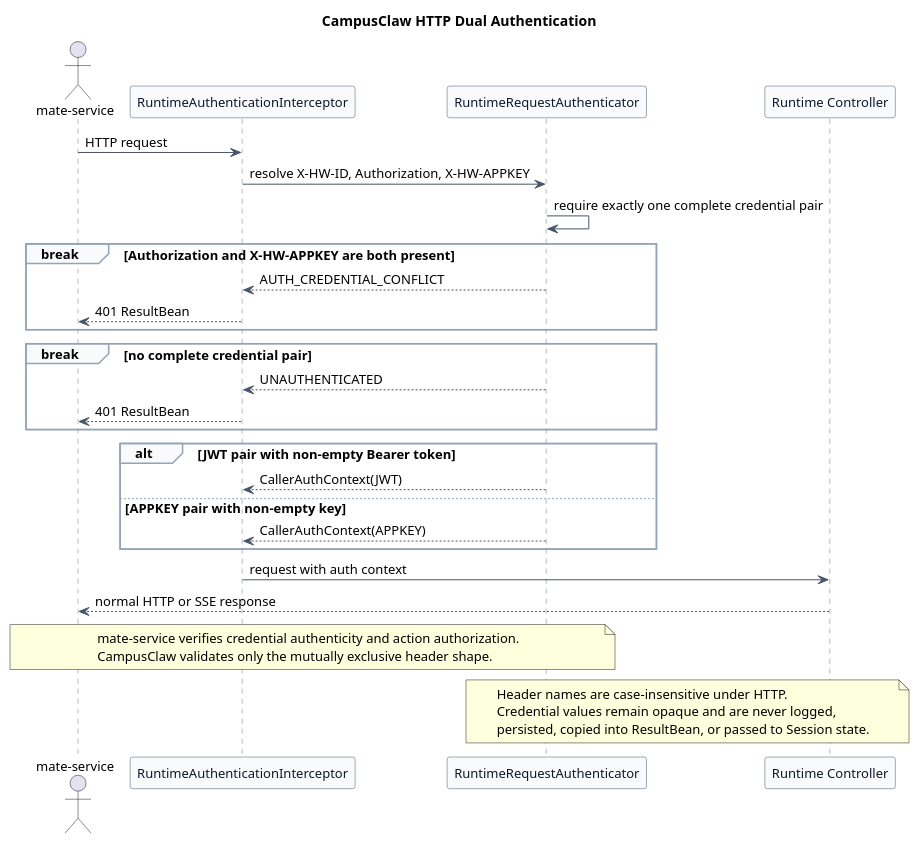
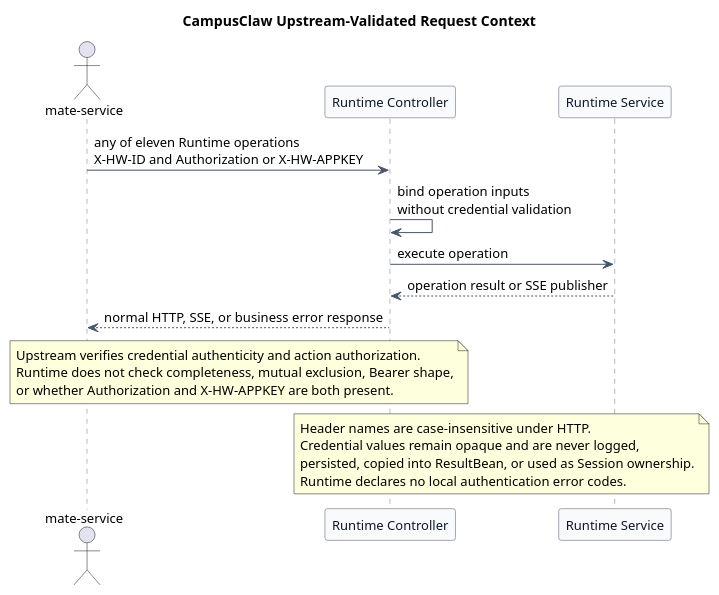
Before and after one commit to ssm0808/pi-mono-java-design: the second of 2 diagrams in pi-mono-java-manager-driven-multi-agent-runtime/diagrams/http-contract/diagram.puml, drawn with PlantUML. The commit also changed 33 other files, not shown here.

```diff
--- a/pi-mono-java-manager-driven-multi-agent-runtime/diagrams/http-contract/diagram.puml
+++ b/pi-mono-java-manager-driven-multi-agent-runtime/diagrams/http-contract/diagram.puml
@@ -61,66 +61,54 @@
 @startuml http_dual_authentication
-title CampusClaw HTTP Dual Authentication
+title CampusClaw Upstream-Validated Request Context
 
-' Source evidence (pi-mono-java 8691e8800f05f28afe22499050c29220ef5b7475):
+' Source evidence (pi-mono-java 1f801dbb82bdda30478e3354e685e3153b179a0c):
 ' modules/coding-agent-cli/src/main/java/com/campusclaw/codingagent/runtimeapi/auth/RuntimeRequestAuthenticator.java.
 ' modules/coding-agent-cli/src/main/java/com/campusclaw/codingagent/runtimeapi/web/RuntimeAuthenticationInterceptor.java.
 ' Observed behavior: inbound JWT uses X-HW-ID and Authorization; APPKEY uses X-HW-ID and X-HW-APPKEY.
-' Observed behavior: CampusClaw validates header shape only and never treats the credential ID as session ownership.
-' Security boundary: mate-service verifies credential authenticity and action authorization before forwarding.
+' Observed behavior: RuntimeWebMvcConfiguration currently applies authentication to every Runtime path.
+' Architecture change: the target Runtime removes pre-Controller and Controller-local credential checks.
+' Product constraint: all eleven operations carry the shared integration-context header examples.
+' Product constraint: Runtime does not require complete pairs, reject mixed headers, parse Bearer shape,
+' or expose local authentication errors. Both credential headers may coexist.
+' Security boundary: upstream verifies credential authenticity and action authorization before forwarding.
 
 skinparam backgroundColor #FFFFFF
 skinparam shadowing false
 skinparam defaultFontName Arial
 skinparam defaultFontSize 13
 skinparam participant {
   BackgroundColor #F8FAFC
   BorderColor #475569
   FontColor #0F172A
 }
 skinparam ArrowColor #475569
 skinparam sequence {
   LifeLineBorderColor #64748B
   LifeLineBackgroundColor #F8FAFC
   GroupBorderColor #94A3B8
   GroupBackgroundColor #F8FAFC
 }
 
 actor "mate-service" as Caller
-participant "RuntimeAuthenticationInterceptor" as Filter
-participant "RuntimeRequestAuthenticator" as Resolver
 participant "Runtime Controller" as Controller
+participant "Runtime Service" as Service
 
-Caller -> Filter : HTTP request
-Filter -> Resolver : resolve X-HW-ID, Authorization, X-HW-APPKEY
-Resolver -> Resolver : require exactly one complete credential pair
+Caller -> Controller : any of eleven Runtime operations\nX-HW-ID and Authorization or X-HW-APPKEY
+Controller -> Controller : bind operation inputs\nwithout credential validation
+Controller -> Service : execute operation
+Service --> Controller : operation result or SSE publisher
+Controller --> Caller : normal HTTP, SSE, or business error response
 
-break Authorization and X-HW-APPKEY are both present
-  Resolver --> Filter : AUTH_CREDENTIAL_CONFLICT
-  Filter --> Caller : 401 ResultBean
-end
-
-break no complete credential pair
-  Resolver --> Filter : UNAUTHENTICATED
-  Filter --> Caller : 401 ResultBean
-end
-
-alt JWT pair with non-empty Bearer token
-  Resolver --> Filter : CallerAuthContext(JWT)
-else APPKEY pair with non-empty key
-  Resolver --> Filter : CallerAuthContext(APPKEY)
-end
-
-Filter -> Controller : request with auth context
-Controller --> Caller : normal HTTP or SSE response
-
-note over Caller,Resolver
-mate-service verifies credential authenticity and action authorization.
-CampusClaw validates only the mutually exclusive header shape.
+note over Caller,Controller
+Upstream verifies credential authenticity and action authorization.
+Runtime does not check completeness, mutual exclusion, Bearer shape,
+or whether Authorization and X-HW-APPKEY are both present.
 end note
 
-note over Resolver,Controller
+note over Controller,Service
 Header names are case-insensitive under HTTP.
 Credential values remain opaque and are never logged,
-persisted, copied into ResultBean, or passed to Session state.
+persisted, copied into ResultBean, or used as Session ownership.
+Runtime declares no local authentication error codes.
 end note
 @enduml
```
